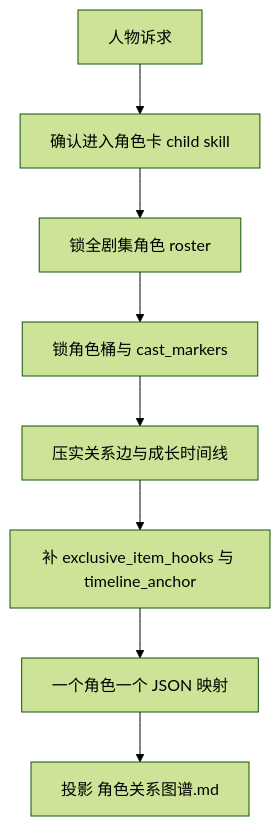
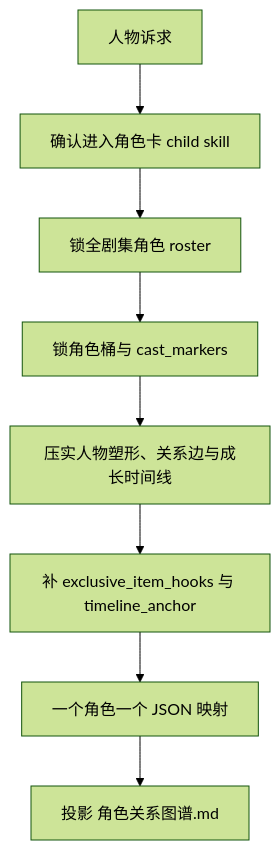
One commit to ZEN-VOID/AI-CUT changed the first of 2 diagrams in .agents/skills/story/1-设定/角色卡/SKILL.md. Above: the diagram before and after it, drawn with Mermaid (forest theme). The commit also changed other lines of this file and 439 other files, not shown here.

````diff
--- a/.agents/skills/story/1-设定/角色卡/SKILL.md
+++ b/.agents/skills/story/1-设定/角色卡/SKILL.md
@@ -76,10 +119,10 @@
 ```mermaid
 flowchart TD
     A["人物诉求"] --> B["确认进入角色卡 child skill"]
     B --> C["锁全剧集角色 roster"]
     C --> D["锁角色桶与 cast_markers"]
-    D --> E["压实关系边与成长时间线"]
+    D --> E["压实人物塑形、关系边与成长时间线"]
     E --> F["补 exclusive_item_hooks 与 timeline_anchor"]
     F --> G["一个角色一个 JSON 映射"]
     G --> H["投影 角色关系图谱.md"]
 ```
````
